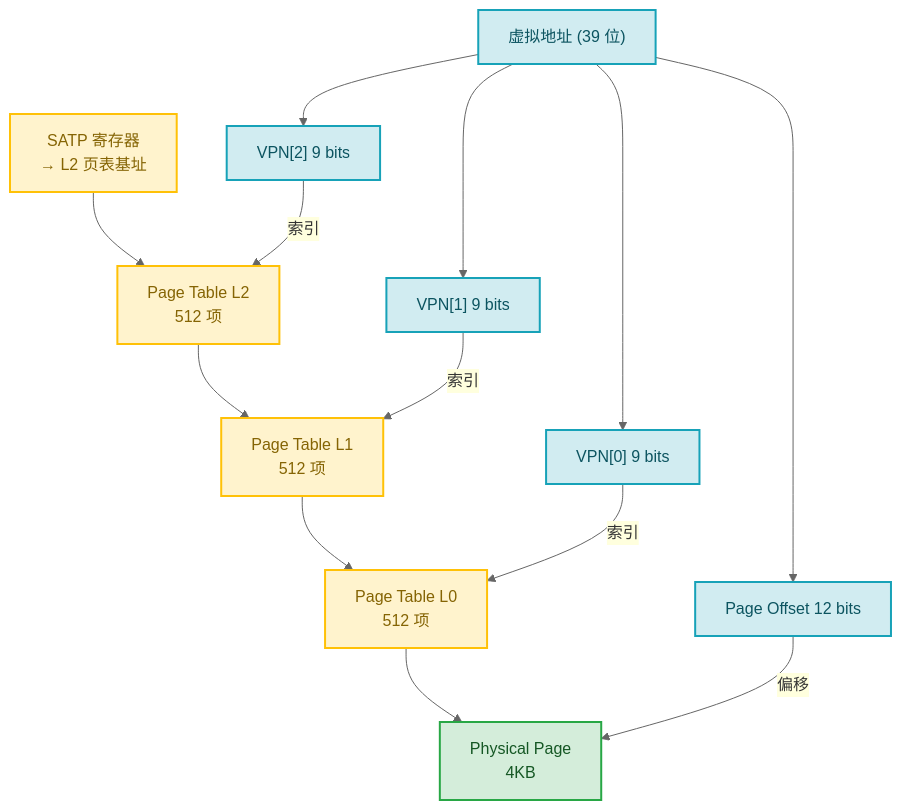
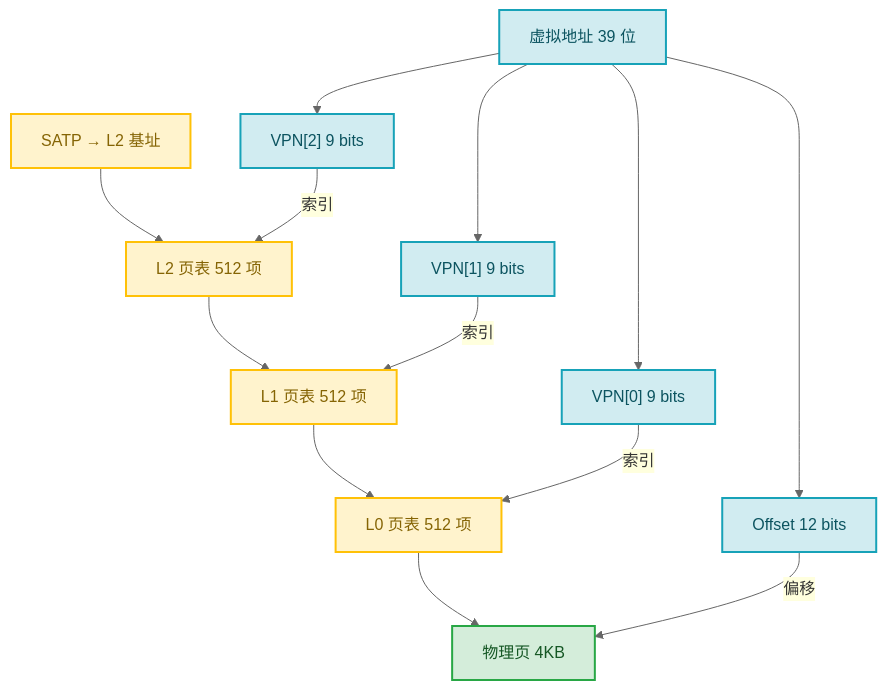
Before and after one commit to swjtuer326/cs-learning-notes: the third of 4 diagrams in edk2/06-riscv-platform.md, drawn with Mermaid. The commit also changed other lines of this file and 8 other files, not shown here.

````diff
--- a/edk2/06-riscv-platform.md
+++ b/edk2/06-riscv-platform.md
@@ -206,25 +186,24 @@
 ```mermaid
 %%{init: {"theme": "base", "themeVariables": {"primaryColor": "#ECECFF", "primaryTextColor": "#333333", "primaryBorderColor": "#9370DB", "lineColor": "#666666", "secondaryColor": "#ffffde", "secondaryBorderColor": "#aaaa33", "tertiaryColor": "#f0f0f0", "fontFamily": "\"trebuchet ms\", verdana, arial, sans-serif"}}}%%
 flowchart TD
-    Va["虚拟地址 (39 位)"]
-    Va --> Vpn2["VPN[2] 9 bits"]
+    Va["虚拟地址 39 位"] --> Vpn2["VPN[2] 9 bits"]
     Va --> Vpn1["VPN[1] 9 bits"]
     Va --> Vpn0["VPN[0] 9 bits"]
-    Va --> PageOffset["Page Offset 12 bits"]
+    Va --> Offset["Offset 12 bits"]
 
-    SatpReg["SATP 寄存器<br/>→ L2 页表基址"] --> L2Table["Page Table L2<br/>512 项"]
-    Vpn2 -->|索引| L2Table
-    L2Table --> L1Table["Page Table L1<br/>512 项"]
-    Vpn1 -->|索引| L1Table
-    L1Table --> L0Table["Page Table L0<br/>512 项"]
-    Vpn0 -->|索引| L0Table
-    L0Table --> PhysPage["Physical Page<br/>4KB"]
-    PageOffset -->|偏移| PhysPage
+    Satp["SATP → L2 基址"] --> L2["L2 页表 512 项"]
+    Vpn2 -->|索引| L2
+    L2 --> L1["L1 页表 512 项"]
+    Vpn1 -->|索引| L1
+    L1 --> L0["L0 页表 512 项"]
+    Vpn0 -->|索引| L0
+    L0 --> PhysPage["物理页 4KB"]
+    Offset -->|偏移| PhysPage
 
     classDef va fill:#d1ecf1,stroke:#17a2b8,color:#0c5460,stroke-width:2px
     classDef table fill:#fff3cd,stroke:#ffc107,color:#856404,stroke-width:2px
     classDef page fill:#d4edda,stroke:#28a745,color:#155724,stroke-width:2px
-    class Va,Vpn2,Vpn1,Vpn0,PageOffset va
-    class SatpReg,L2Table,L1Table,L0Table table
+    class Va,Vpn2,Vpn1,Vpn0,Offset va
+    class Satp,L2,L1,L0 table
     class PhysPage page
 ```
````
